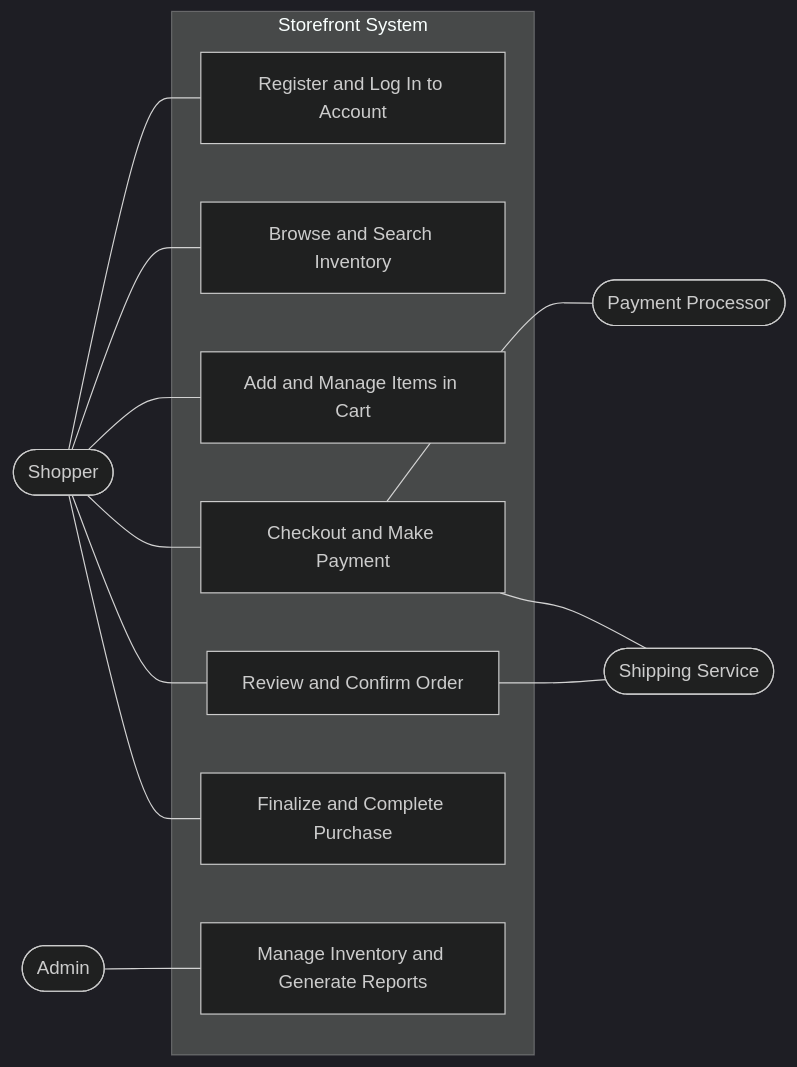
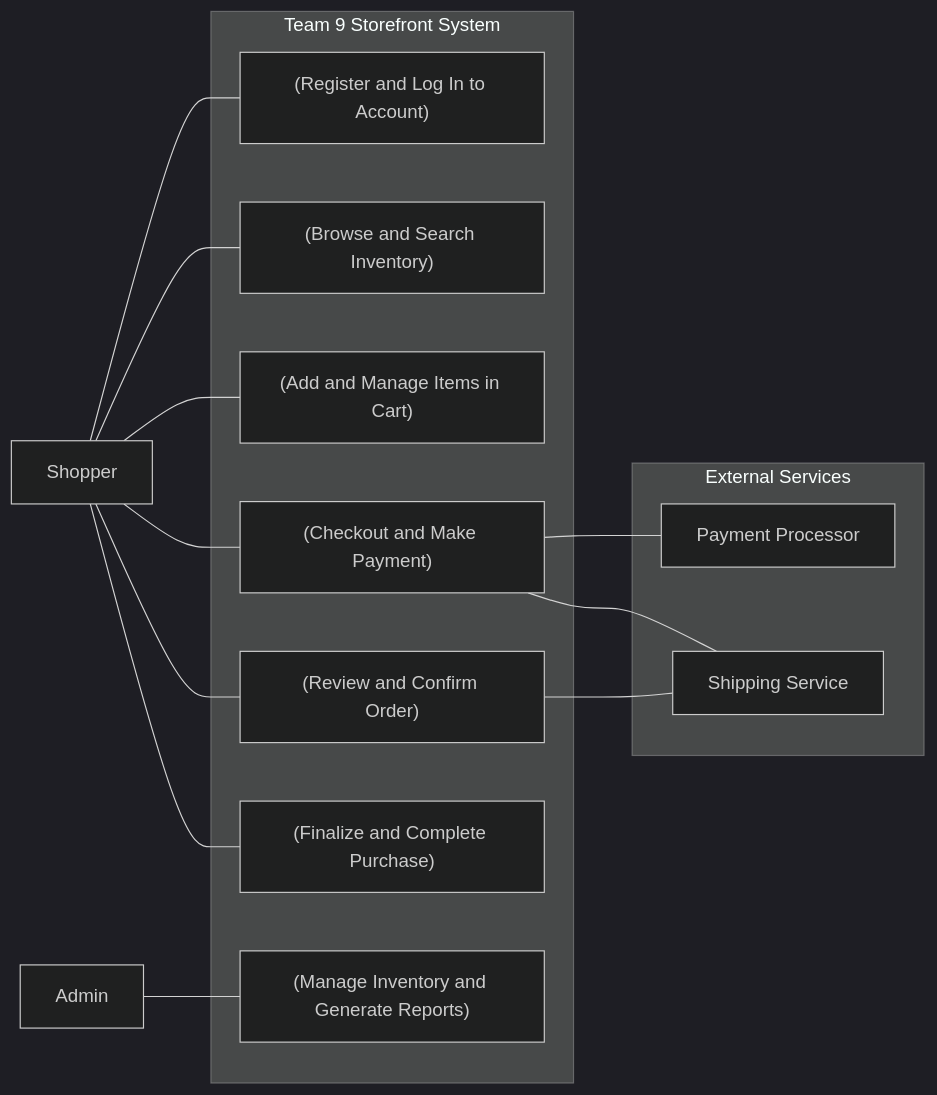
One commit to BornB4Google/swe-3313-fall-2025-team-09 changed the diagram in use_case_README.md. Above: the diagram before and after it, drawn with Mermaid (dark theme).

````diff
--- a/use_case_README.md
+++ b/use_case_README.md
@@ -5,34 +5,39 @@
 ```mermaid
 flowchart LR
     %% Direction: Left to Right
-    %% Actors
-    shopper(["Shopper"])
-    admin(["Admin"])
-    payment(["Payment Processor"])
-    shipping(["Shipping Service"])
 
-    %% System boundary
-    subgraph System["Storefront System"]
-        UC_Auth["Register and Log In to Account"]
-        UC_Inventory["Browse and Search Inventory"]
-        UC_Cart["Add and Manage Items in Cart"]
-        UC_Checkout["Checkout and Make Payment"]
-        UC_Confirm["Review and Confirm Order"]
-        UC_Complete["Finalize and Complete Purchase"]
-        UC_Admin["Manage Inventory and Generate Reports"]
+    %% --- Left-side Actors ---
+    shopper["Shopper"]
+    admin["Admin"]
+
+    %% --- Main System Boundary ---
+    subgraph System["Team 9 Storefront System"]
+        UC_Auth["(Register and Log In to Account)"]
+        UC_Inventory["(Browse and Search Inventory)"]
+        UC_Cart["(Add and Manage Items in Cart)"]
+        UC_Checkout["(Checkout and Make Payment)"]
+        UC_Confirm["(Review and Confirm Order)"]
+        UC_Complete["(Finalize and Complete Purchase)"]
+        UC_Admin["(Manage Inventory and Generate Reports)"]
     end
 
-    %% Associations - shopper and admin on left
+    %% --- Right-side External Services ---
+    subgraph External["External Services"]
+        payment["Payment Processor"]
+        shipping["Shipping Service"]
+    end
+
+    %% --- Associations (Left actors to system use cases) ---
     shopper --- UC_Auth
     shopper --- UC_Inventory
     shopper --- UC_Cart
     shopper --- UC_Checkout
     shopper --- UC_Confirm
     shopper --- UC_Complete
     admin --- UC_Admin
 
-    %% External systems - on right
+    %% --- Associations (System to external services) ---
     UC_Checkout --- payment
     UC_Checkout --- shipping
     UC_Confirm --- shipping
 ```
````
